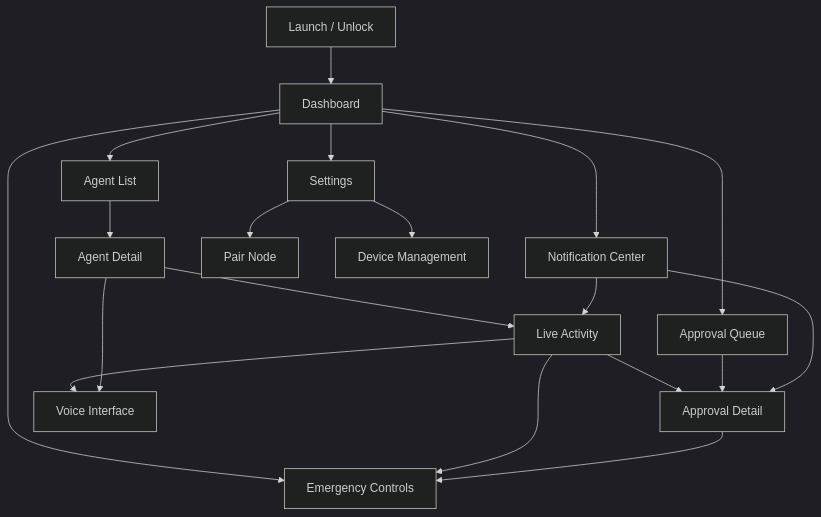
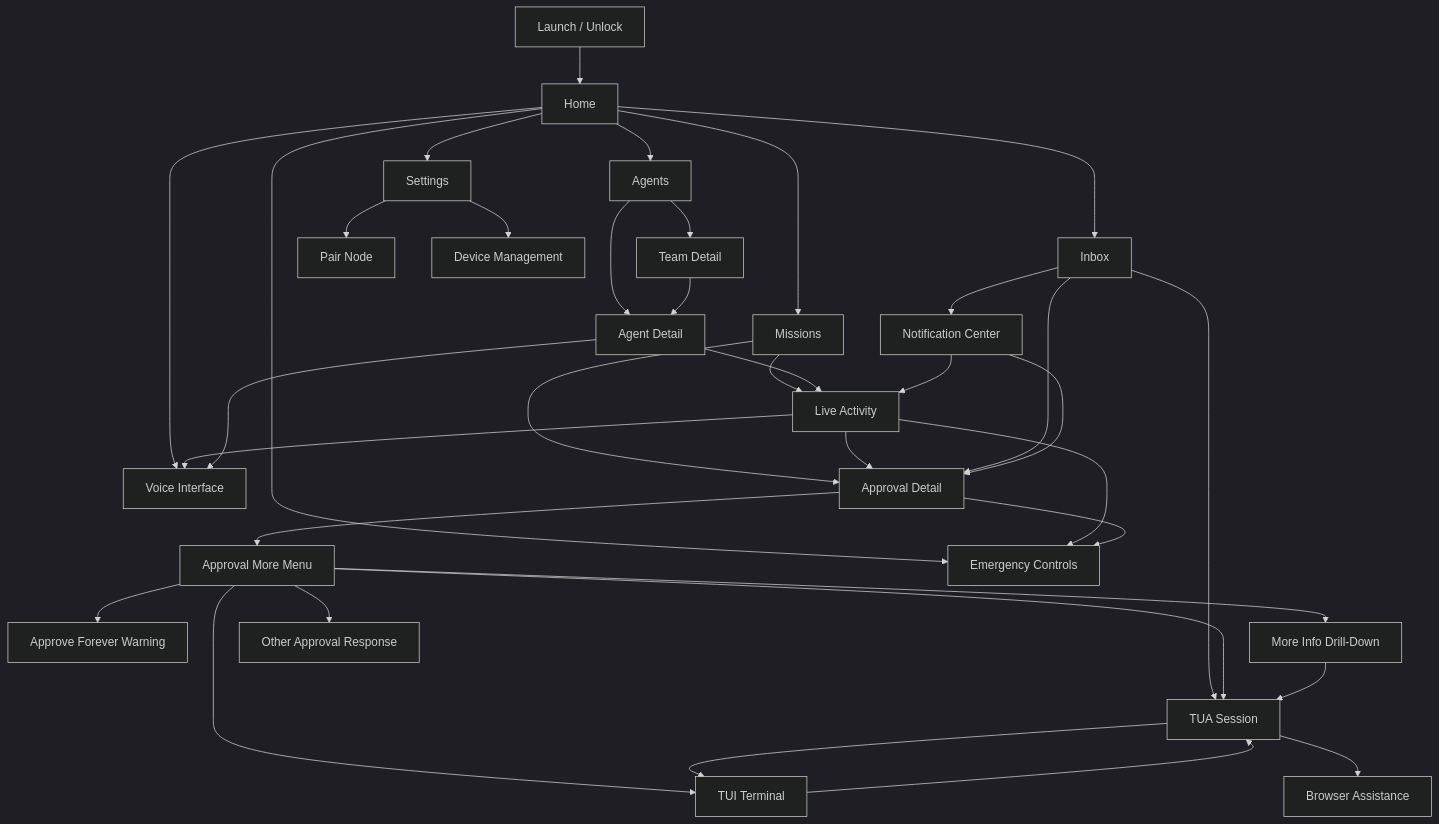
The diagram in docs/mobile-ux-architecture.md (MahdiHedhli/HermesMobileCommand), drawn with Mermaid (dark theme) before and after one commit. The commit also changed other lines of this file and 18 other files, not shown here.

Commit message:
docs: specify TUI TUA and advanced approvals

````diff
--- a/docs/mobile-ux-architecture.md
+++ b/docs/mobile-ux-architecture.md
@@ -255,21 +471,38 @@
 ```mermaid
 flowchart TD
-  Launch["Launch / Unlock"] --> Dashboard
-  Dashboard --> AgentList["Agent List"]
-  Dashboard --> ApprovalQueue["Approval Queue"]
-  Dashboard --> Notifications["Notification Center"]
-  Dashboard --> Settings
-  AgentList --> AgentDetail["Agent Detail"]
+  Launch["Launch / Unlock"] --> Home
+  Home --> Agents
+  Home --> Missions
+  Home --> Inbox
+  Home --> Voice["Voice Interface"]
+  Home --> Settings
+  Agents --> TeamDetail["Team Detail"]
+  Agents --> AgentDetail["Agent Detail"]
+  TeamDetail --> AgentDetail
+  Missions --> LiveActivity["Live Activity"]
+  Missions --> ApprovalDetail["Approval Detail"]
   AgentDetail --> LiveActivity["Live Activity"]
   LiveActivity --> ApprovalDetail["Approval Detail"]
-  ApprovalQueue --> ApprovalDetail
+  Inbox --> ApprovalDetail
+  Inbox --> TUA["TUA Session"]
+  Inbox --> Notifications["Notification Center"]
   Notifications --> ApprovalDetail
   Notifications --> LiveActivity
-  LiveActivity --> Voice["Voice Interface"]
+  ApprovalDetail --> MoreMenu["Approval More Menu"]
+  MoreMenu --> ApproveForever["Approve Forever Warning"]
+  MoreMenu --> MoreInfo["More Info Drill-Down"]
+  MoreMenu --> OtherResponse["Other Approval Response"]
+  MoreMenu --> TUA
+  MoreMenu --> TUI["TUI Terminal"]
+  MoreInfo --> TUA
+  TUA --> TUI
+  TUA --> BrowserAssist["Browser Assistance"]
+  TUI --> TUA
+  LiveActivity --> Voice
   AgentDetail --> Voice
-  Dashboard --> Emergency["Emergency Controls"]
+  Home --> Emergency["Emergency Controls"]
   LiveActivity --> Emergency
   ApprovalDetail --> Emergency
   Settings --> Pairing["Pair Node"]
   Settings --> Devices["Device Management"]
 ```
````
